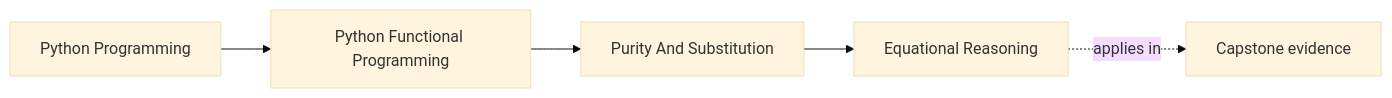
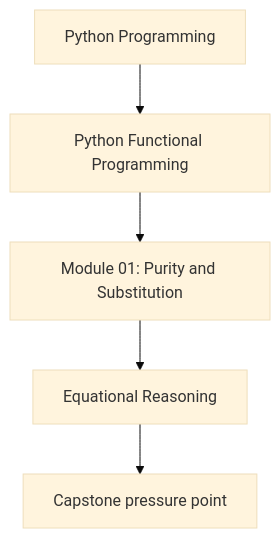
One commit to bijux/bijux-masterclass changed the first of 2 diagrams in programs/python-programming/python-functional-programming/course-book/module-01-purity-and-substitution/equational-reasoning.md. Above: the diagram before and after it, drawn with Mermaid (base theme). The commit also changed other lines of this file and 118 other files, not shown here.

Commit message:
docs(python-functional-programming): align concept page diagrams

````diff
--- a/programs/python-programming/python-functional-programming/course-book/module-01-purity-and-substitution/equational-reasoning.md
+++ b/programs/python-programming/python-functional-programming/course-book/module-01-purity-and-substitution/equational-reasoning.md
@@ -7,11 +7,7 @@
 ```mermaid
-graph LR
-  family["Python Programming"]
-  program["Python Functional Programming"]
-  section["Purity And Substitution"]
-  page["Equational Reasoning"]
-  capstone["Capstone evidence"]
-
-  family --> program --> section --> page
-  page -.applies in.-> capstone
+flowchart TD
+  family["Python Programming"] --> program["Python Functional Programming"]
+  program --> module["Module 01: Purity and Substitution"]
+  module --> concept["Equational Reasoning"]
+  concept --> capstone["Capstone pressure point"]
 ```
````
